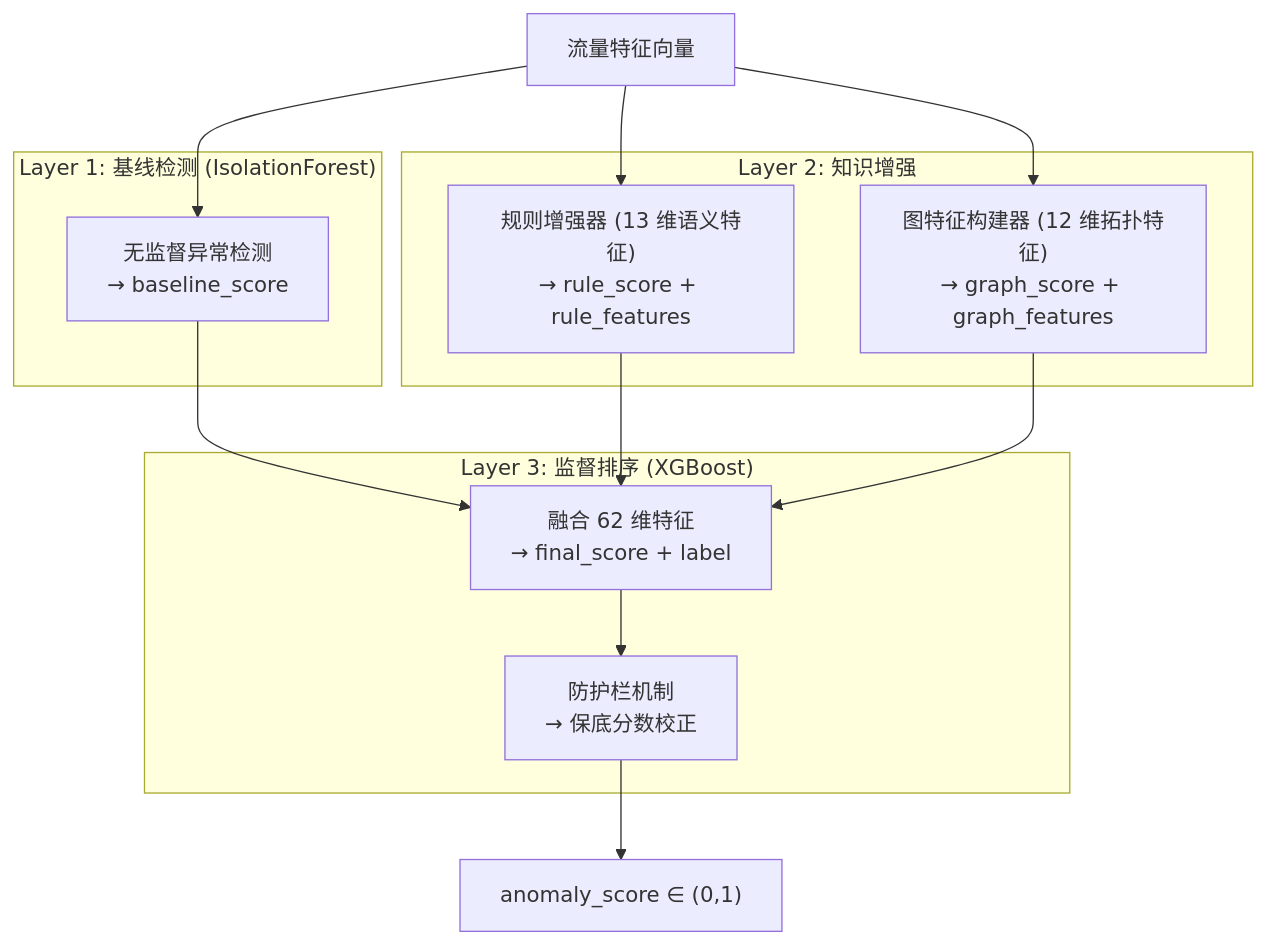
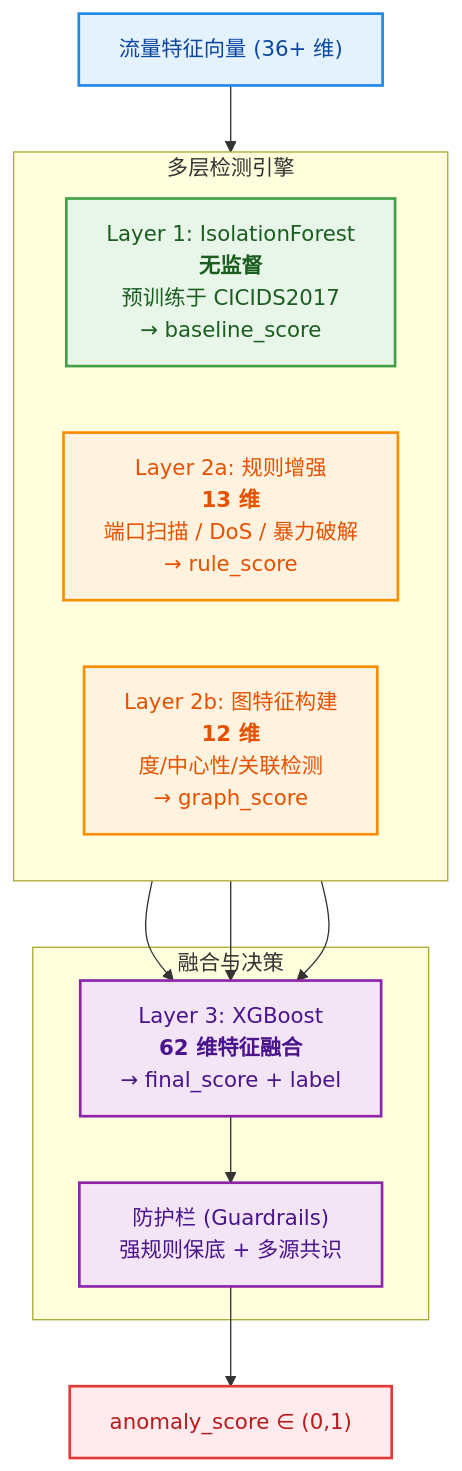
One commit to want-be-human/project changed diagram 12 of 16 in 项目介绍.md. Above: the diagram before and after it, drawn with Mermaid. The commit also changed other lines of this file and 4 other files, not shown here.

````diff
--- a/项目介绍.md
+++ b/项目介绍.md
@@ -881,27 +1044,43 @@
 ```mermaid
 flowchart TB
-    Input["流量特征向量"]
+    %% 样式定义
+    classDef input fill:#E3F2FD,stroke:#1E88E5,stroke-width:2px,color:#0D47A1
+    classDef layer1 fill:#E8F5E9,stroke:#43A047,stroke-width:2px,color:#1B5E20
+    classDef layer2 fill:#FFF3E0,stroke:#FB8C00,stroke-width:2px,color:#E65100
+    classDef layer3 fill:#F3E5F5,stroke:#8E24AA,stroke-width:2px,color:#4A148C
+    classDef output fill:#FFEBEE,stroke:#E53935,stroke-width:2px,color:#B71C1C
 
-    subgraph L1 ["Layer 1: 基线检测 (IsolationForest)"]
-        IF["无监督异常检测<br/>→ baseline_score"]
+    %% 输入节点
+    Input["流量特征向量 (36+ 维)"]
+    class Input input
+
+    %% 并行检测层 (L1, L2a, L2b)
+    subgraph DetectionLayers [多层检测引擎]
+        direction LR
+        L1["Layer 1: IsolationForest<br/><b>无监督</b><br/>预训练于 CICIDS2017<br/>→ baseline_score"]
+        L2a["Layer 2a: 规则增强<br/><b>13 维</b><br/>端口扫描 / DoS / 暴力破解<br/>→ rule_score"]
+        L2b["Layer 2b: 图特征构建<br/><b>12 维</b><br/>度/中心性/关联检测<br/>→ graph_score"]
     end
+    class L1 layer1
+    class L2a,L2b layer2
 
-    subgraph L2 ["Layer 2: 知识增强"]
-        Rule["规则增强器 (13 维语义特征)<br/>→ rule_score + rule_features"]
-        Graph["图特征构建器 (12 维拓扑特征)<br/>→ graph_score + graph_features"]
+    %% 融合与决策层
+    subgraph FusionLayer [融合与决策]
+        L3["Layer 3: XGBoost<br/><b>62 维特征融合</b><br/>→ final_score + label"]
+        Guardrails["防护栏 (Guardrails)<br/>强规则保底 + 多源共识"]
     end
+    class L3 layer3
+    class Guardrails layer3
 
-    subgraph L3 ["Layer 3: 监督排序 (XGBoost)"]
-        XGB["融合 62 维特征<br/>→ final_score + label"]
-        Guard["防护栏机制<br/>→ 保底分数校正"]
-    end
+    %% 输出
+    Output["anomaly_score ∈ (0,1)"]
+    class Output output
 
-    Input --> IF
-    Input --> Rule
-    Input --> Graph
-    IF --> XGB
-    Rule --> XGB
-    Graph --> XGB
-    XGB --> Guard
-    Guard --> Output["anomaly_score ∈ (0,1)"]
+    %% 连接
+    Input --> DetectionLayers
+    L1 --> L3
+    L2a --> L3
+    L2b --> L3
+    L3 --> Guardrails
+    Guardrails --> Output
 ```
````
